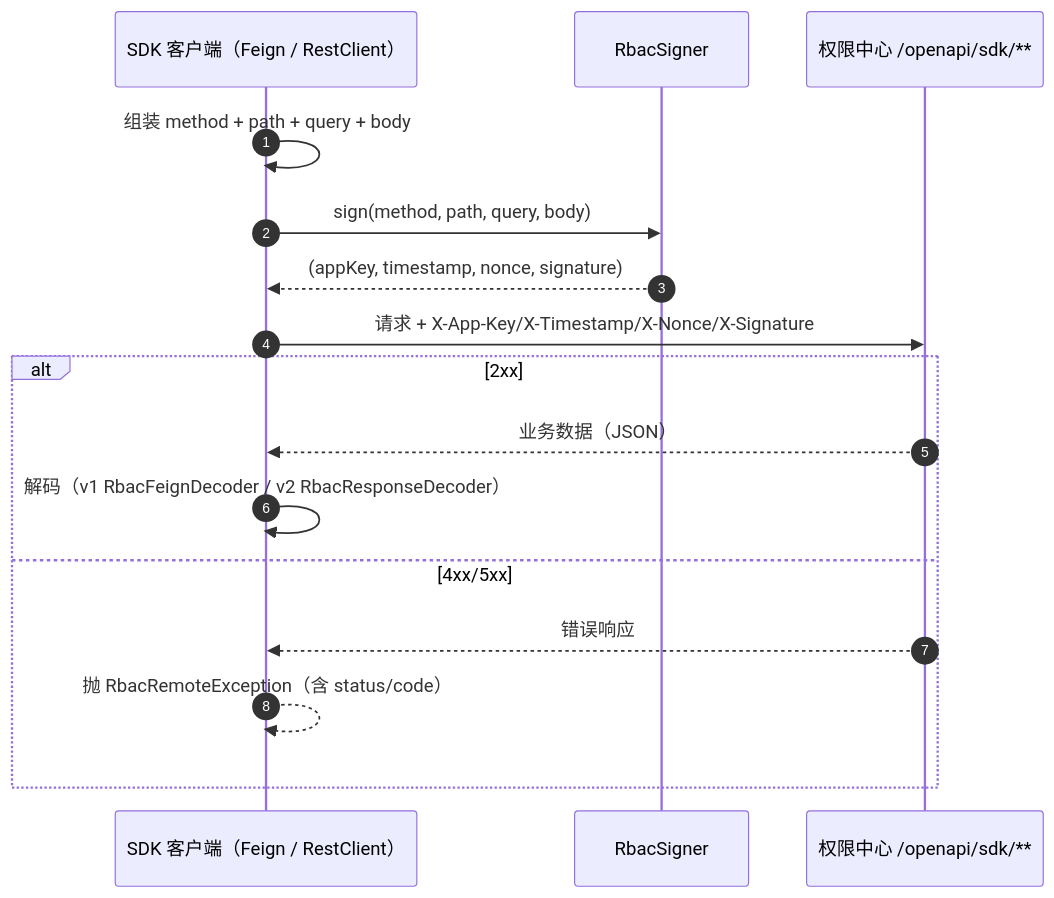
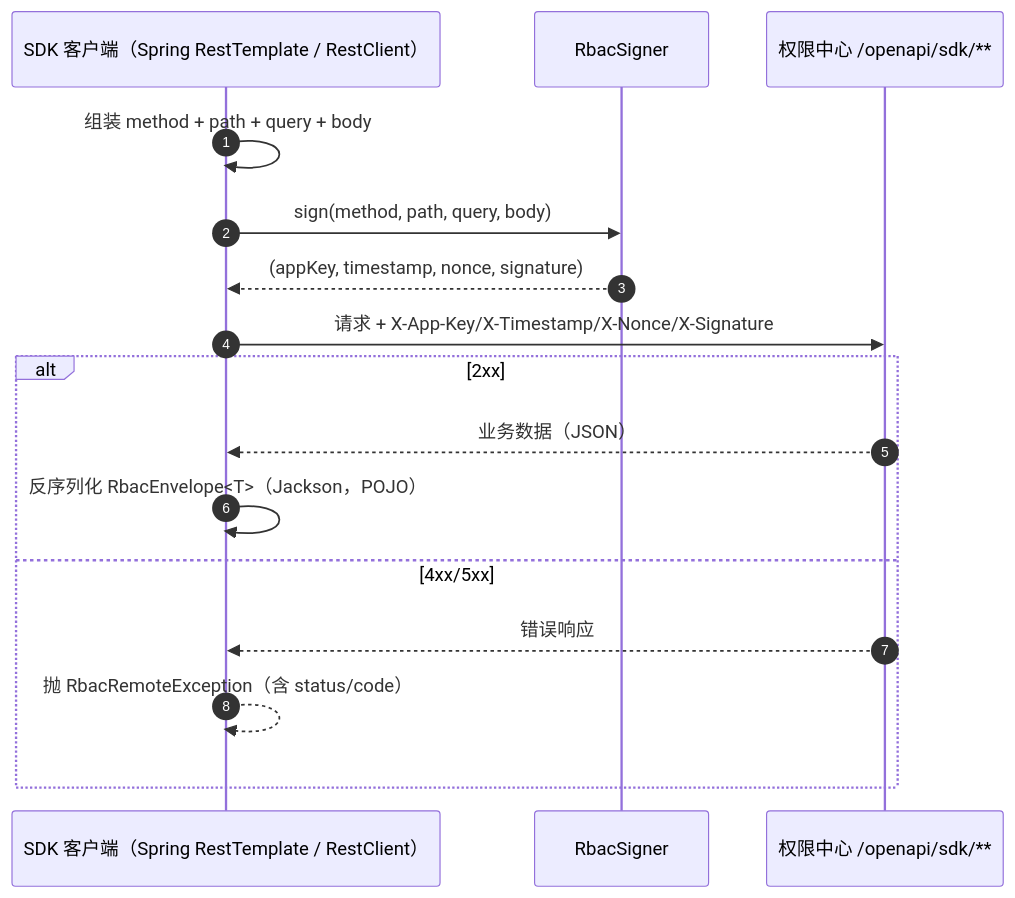
Diagram 35 of 41 in docs/architecture.md (battleman1994/telbank-rbac), drawn with Mermaid before and after one commit. The commit also changed other lines of this file and 17 other files, not shown here.

First line of the commit message:
refactor(sdk): HTTP 客户端简化为 Spring RestTemplate/RestClient + POJO（A22）

````diff
--- a/docs/architecture.md
+++ b/docs/architecture.md
@@ -2334,19 +2334,19 @@
 ```mermaid
 sequenceDiagram
     autonumber
-    participant SDK as SDK 客户端（Feign / RestClient）
+    participant SDK as SDK 客户端（Spring RestTemplate / RestClient）
     participant SG as RbacSigner
     participant API as 权限中心 /openapi/sdk/**
 
     SDK->>SDK: 组装 method + path + query + body
     SDK->>SG: sign(method, path, query, body)
     SG-->>SDK: (appKey, timestamp, nonce, signature)
     SDK->>API: 请求 + X-App-Key/X-Timestamp/X-Nonce/X-Signature
     alt 2xx
         API-->>SDK: 业务数据（JSON）
-        SDK->>SDK: 解码（v1 RbacFeignDecoder / v2 RbacResponseDecoder）
+        SDK->>SDK: 反序列化 RbacEnvelope<T>（Jackson，POJO）
     else 4xx/5xx
         API-->>SDK: 错误响应
         SDK-->>SDK: 抛 RbacRemoteException（含 status/code）
     end
 ```
````
